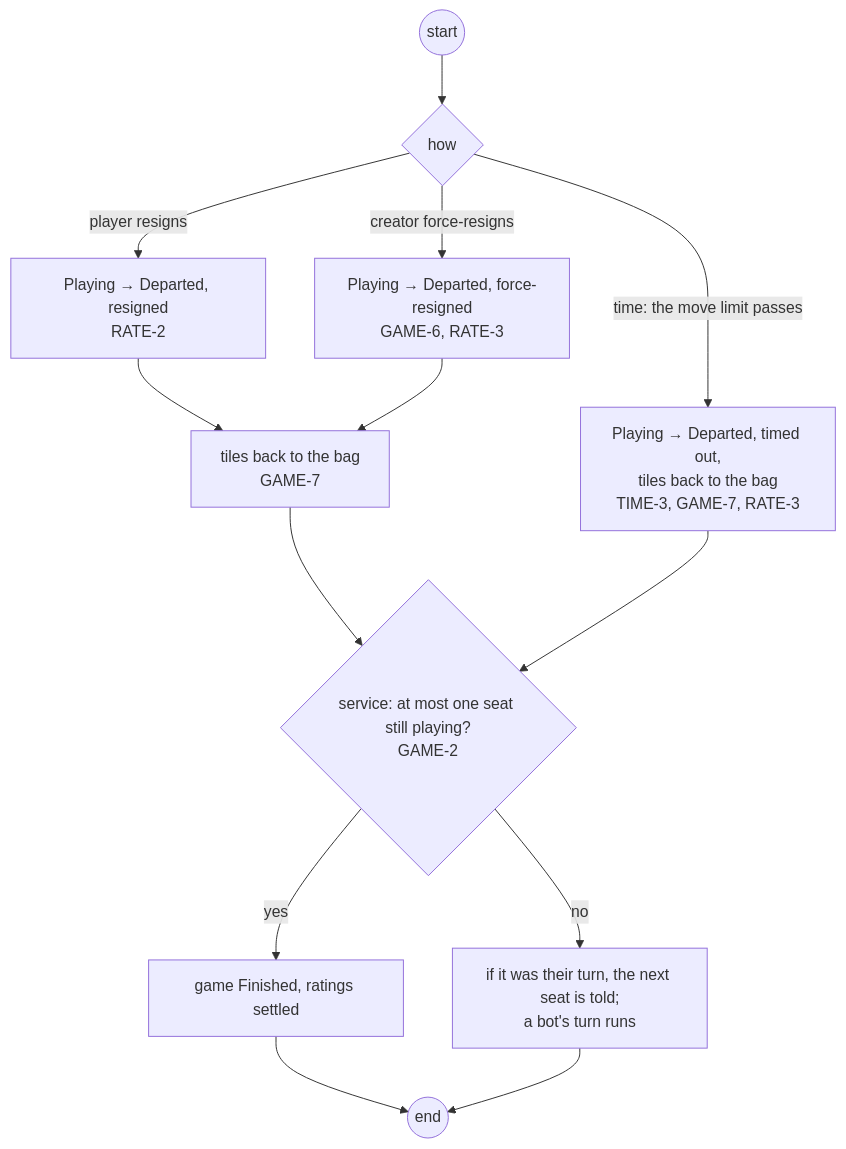
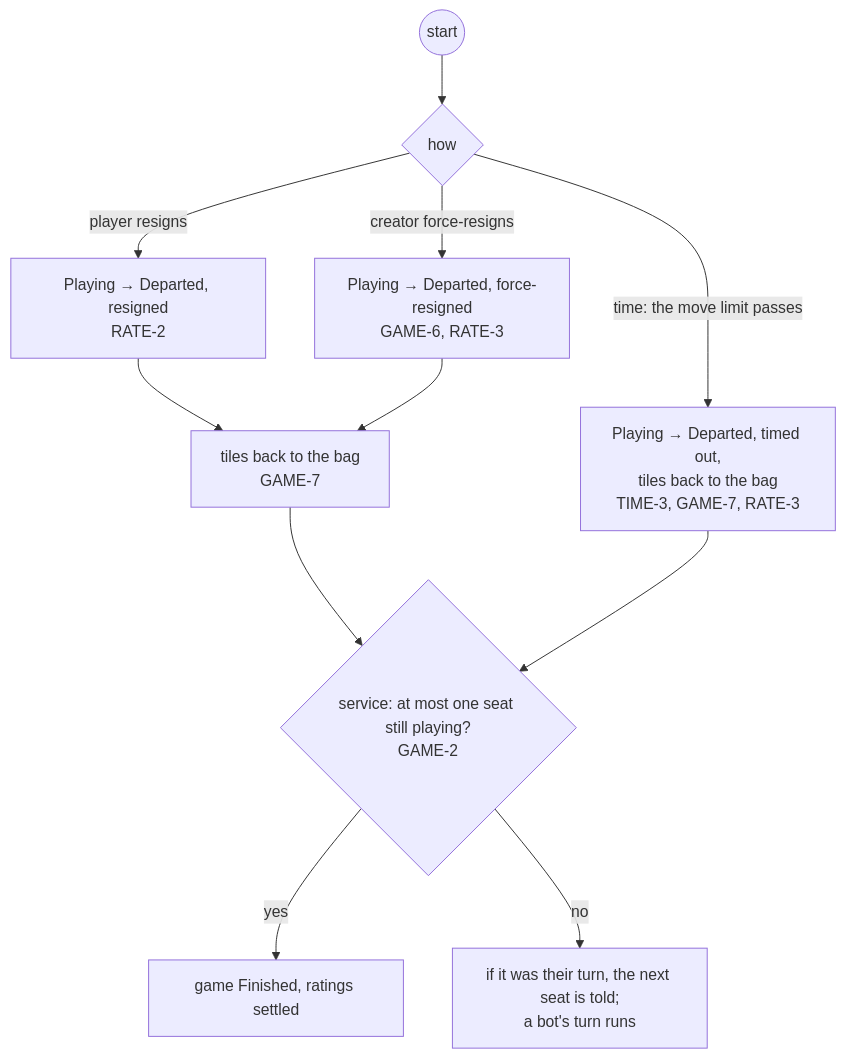
Before and after one commit to delphside/programme: diagram 18 of 29 in docs/changes/workstreams/application-game-architecture/71-one-game-model/71-functional.md, drawn with Mermaid. The commit also changed other lines of this file, not shown here.

First line of the commit message:
app 0.9.2 api 2.16: 71: activity diagrams drop their explicit end nodes

````diff
--- a/docs/changes/workstreams/application-game-architecture/71-one-game-model/71-functional.md
+++ b/docs/changes/workstreams/application-game-architecture/71-one-game-model/71-functional.md
@@ -362,15 +317,13 @@
 ```mermaid
 flowchart TD
   s0((start)) --> d0{"how"}
   d0 -- "player resigns" --> a1["Playing → Departed, resigned<br/>RATE-2"]
   d0 -- "creator force-resigns" --> a2["Playing → Departed, force-resigned<br/>GAME-6, RATE-3"]
   d0 -- "time: the move limit passes" --> a3["Playing → Departed, timed out,<br/>tiles back to the bag<br/>TIME-3, GAME-7, RATE-3"]
   a1 --> b1["tiles back to the bag<br/>GAME-7"]
   a2 --> b1
   b1 --> v1{"service: at most one seat still playing?<br/>GAME-2"}
   a3 --> v1
   v1 -- yes --> t1["game Finished, ratings settled"]
   v1 -- no --> t2["if it was their turn, the next seat is told;<br/>a bot's turn runs"]
-  t1 --> e0((end))
-  t2 --> e0
 ```
````
